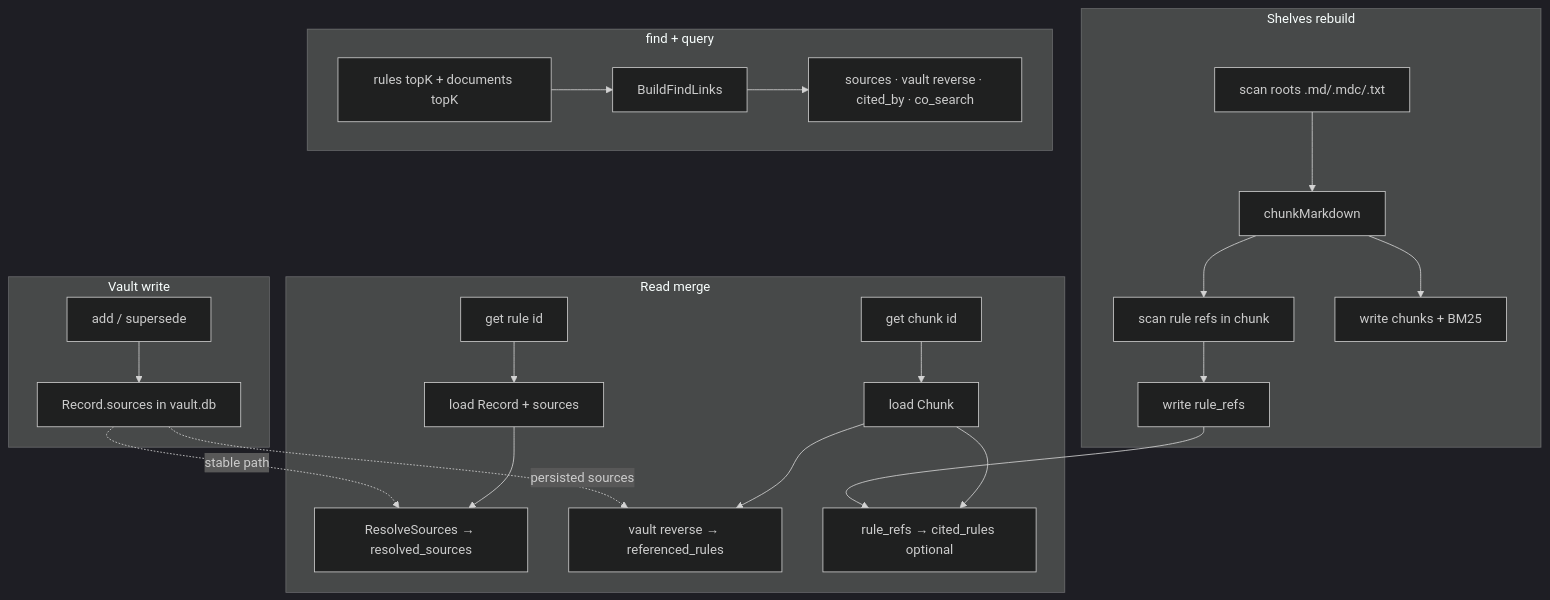
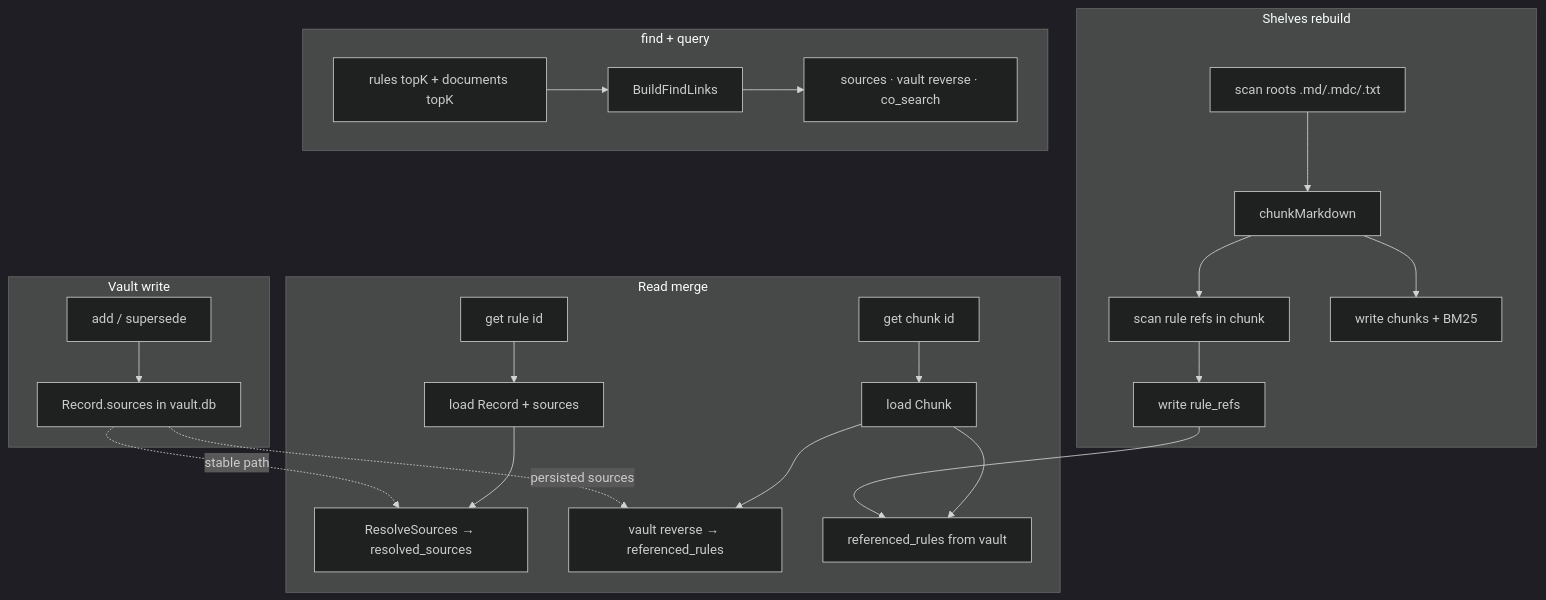
The diagram in docs/imprint-shelves-linking.md (SteamedBread2333/imprint), drawn with Mermaid (dark theme) before and after one commit. The commit also changed other lines of this file and 28 other files, not shown here.

````diff
--- a/docs/imprint-shelves-linking.md
+++ b/docs/imprint-shelves-linking.md
@@ -179,30 +177,30 @@
 ```mermaid
 flowchart TB
   subgraph vault_write [Vault write]
     A[add / supersede] --> B[Record.sources in vault.db]
   end
 
   subgraph shelves_rebuild [Shelves rebuild]
     C[scan roots .md/.mdc/.txt] --> D[chunkMarkdown]
     D --> E[scan rule refs in chunk]
     E --> F[write rule_refs]
     D --> G[write chunks + BM25]
   end
 
   subgraph read_path [Read merge]
     H[get rule id] --> I[load Record + sources]
     I --> J[ResolveSources → resolved_sources]
     K[get chunk id] --> L[load Chunk]
     L --> M[vault reverse → referenced_rules]
-    L --> N[rule_refs → cited_rules optional]
+    L --> N[referenced_rules from vault]
     F --> N
   end
 
   subgraph find_path [find + query]
     P[rules topK + documents topK] --> Q[BuildFindLinks]
-    Q --> R[sources · vault reverse · cited_by · co_search]
+    Q --> R[sources · vault reverse · co_search]
   end
 
   B -.->|stable path| J
   B -.->|persisted sources| M
 ```
````
